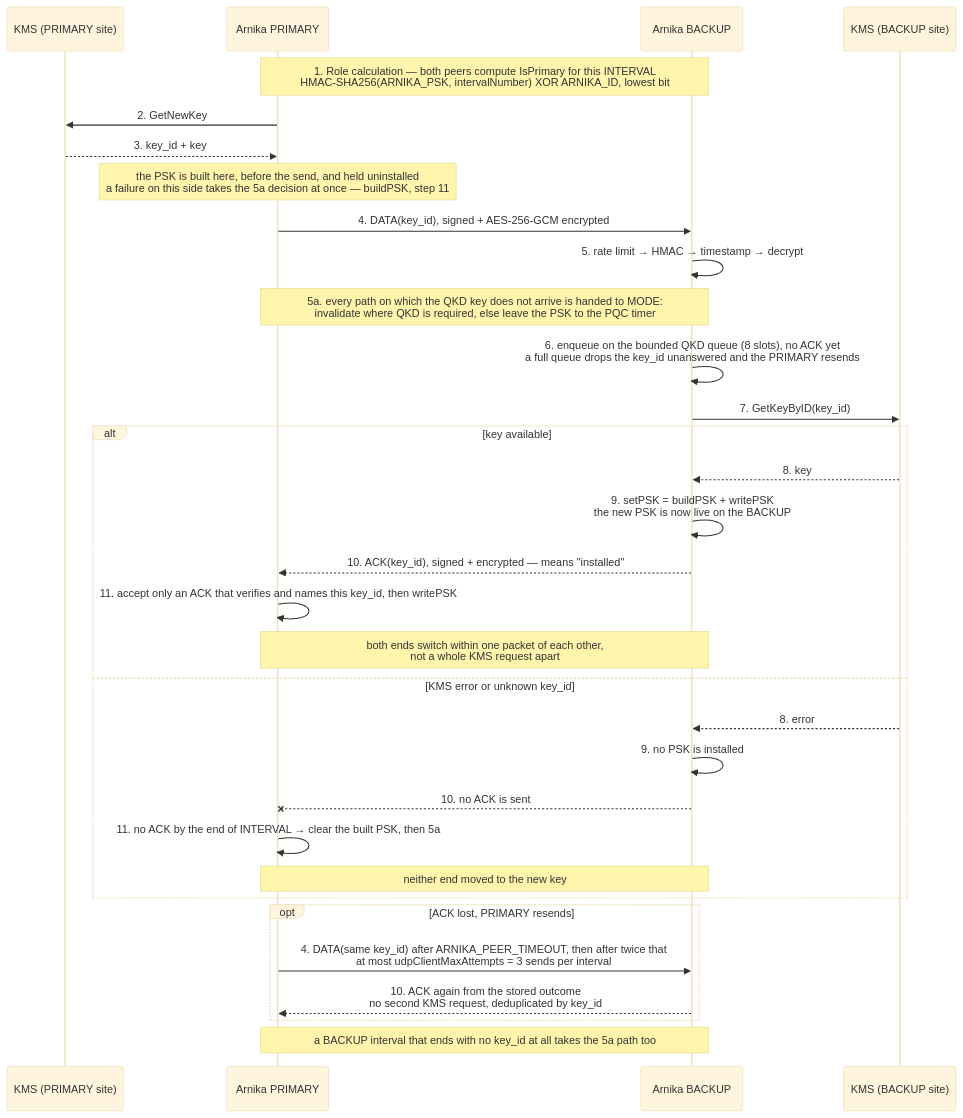
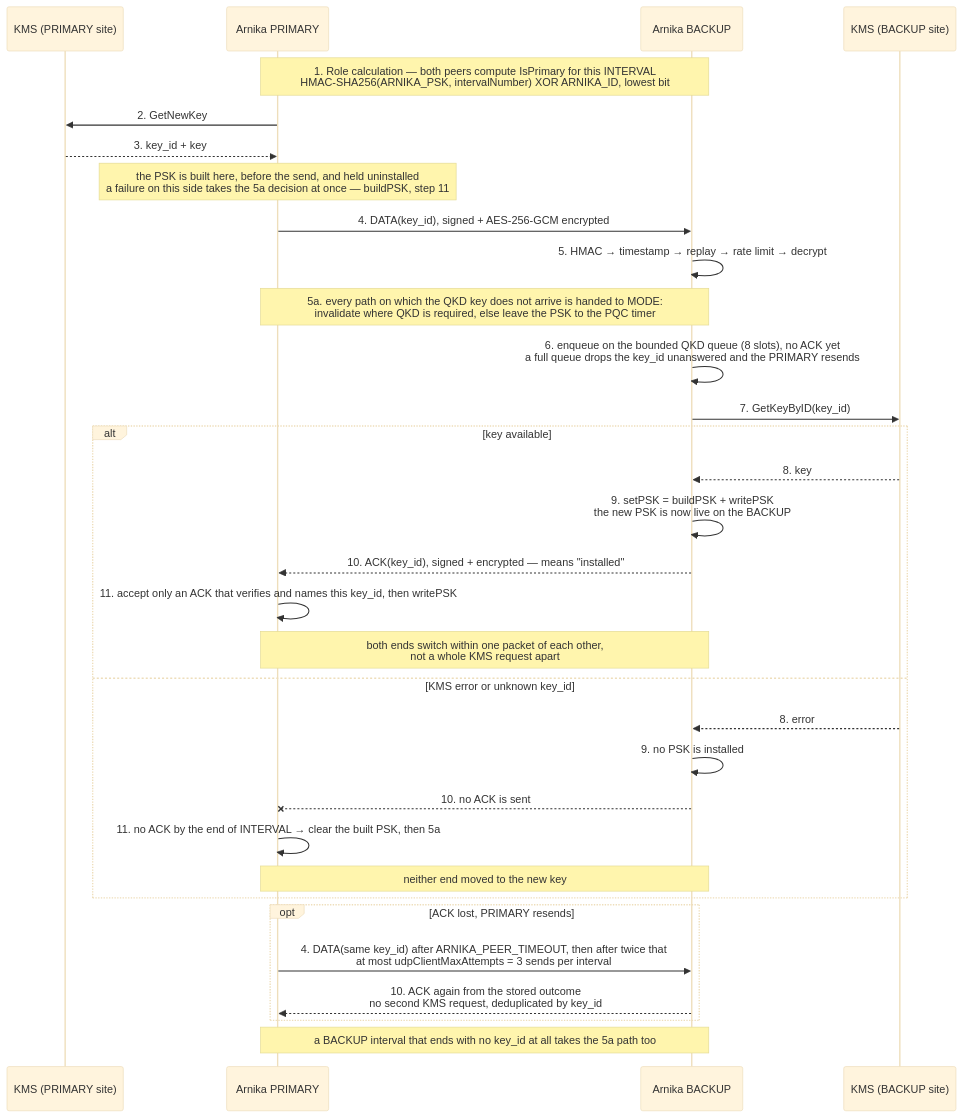
Before and after one commit to arnika-project/arnika: the first of 2 diagrams in CODEFLOW.md, drawn with Mermaid (base theme). The commit also changed other lines of this file and 8 other files, not shown here.

````diff
--- a/CODEFLOW.md
+++ b/CODEFLOW.md
@@ -16,35 +16,35 @@
 ```mermaid
 sequenceDiagram
     participant KA as KMS (PRIMARY site)
     participant P as Arnika PRIMARY
     participant B as Arnika BACKUP
     participant KB as KMS (BACKUP site)
 
     Note over P,B: 1. Role calculation — both peers compute IsPrimary for this INTERVAL<br/>HMAC-SHA256(ARNIKA_PSK, intervalNumber) XOR ARNIKA_ID, lowest bit
     P->>KA: 2. GetNewKey
     KA-->>P: 3. key_id + key
     Note over P: the PSK is built here, before the send, and held uninstalled<br/>a failure on this side takes the 5a decision at once — buildPSK, step 11
     P->>B: 4. DATA(key_id), signed + AES-256-GCM encrypted
-    B->>B: 5. rate limit → HMAC → timestamp → decrypt
+    B->>B: 5. HMAC → timestamp → replay → rate limit → decrypt
     Note over P,B: 5a. every path on which the QKD key does not arrive is handed to MODE:<br/>invalidate where QKD is required, else leave the PSK to the PQC timer
     B->>B: 6. enqueue on the bounded QKD queue (8 slots), no ACK yet<br/>a full queue drops the key_id unanswered and the PRIMARY resends
     B->>KB: 7. GetKeyByID(key_id)
     alt key available
         KB-->>B: 8. key
         B->>B: 9. setPSK = buildPSK + writePSK<br/>the new PSK is now live on the BACKUP
         B-->>P: 10. ACK(key_id), signed + encrypted — means "installed"
         P->>P: 11. accept only an ACK that verifies and names this key_id, then writePSK
         Note over P,B: both ends switch within one packet of each other,<br/>not a whole KMS request apart
     else KMS error or unknown key_id
         KB-->>B: 8. error
         B->>B: 9. no PSK is installed
         B--xP: 10. no ACK is sent
         P->>P: 11. no ACK by the end of INTERVAL → clear the built PSK, then 5a
         Note over P,B: neither end moved to the new key
     end
     opt ACK lost, PRIMARY resends
         P->>B: 4. DATA(same key_id) after ARNIKA_PEER_TIMEOUT, then after twice that<br/>at most udpClientMaxAttempts = 3 sends per interval
         B-->>P: 10. ACK again from the stored outcome<br/>no second KMS request, deduplicated by key_id
     end
     Note over P,B: a BACKUP interval that ends with no key_id at all takes the 5a path too
 ```
````
